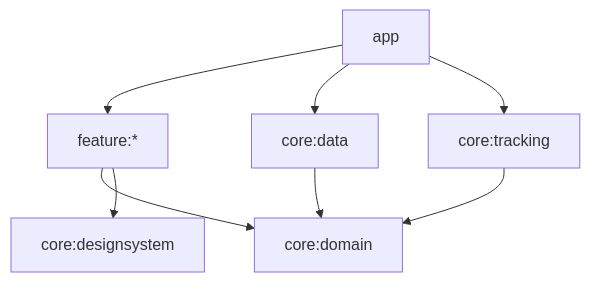
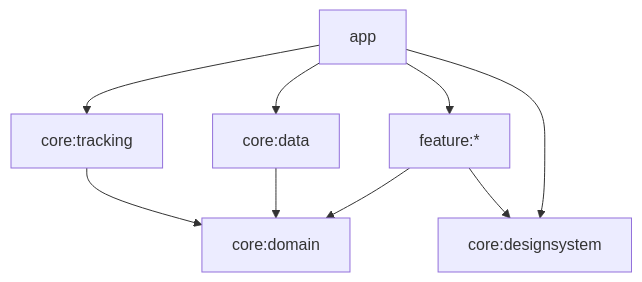
The diagram in docs/ARCHITECTURE.md (andersonms92/BoraRPG), drawn with Mermaid before and after one commit. The commit also changed other lines of this file and 2 other files, not shown here.

Commit message:
docs: map module layers and presentation flows

````diff
--- a/docs/ARCHITECTURE.md
+++ b/docs/ARCHITECTURE.md
@@ -7,10 +7,11 @@
 ```mermaid
 flowchart TD
     app --> features[feature:*]
     app --> data[core:data]
     app --> tracking[core:tracking]
+    app --> design[core:designsystem]
     features --> domain[core:domain]
-    features --> design[core:designsystem]
+    features --> design
     data --> domain
     tracking --> domain
 ```
````
